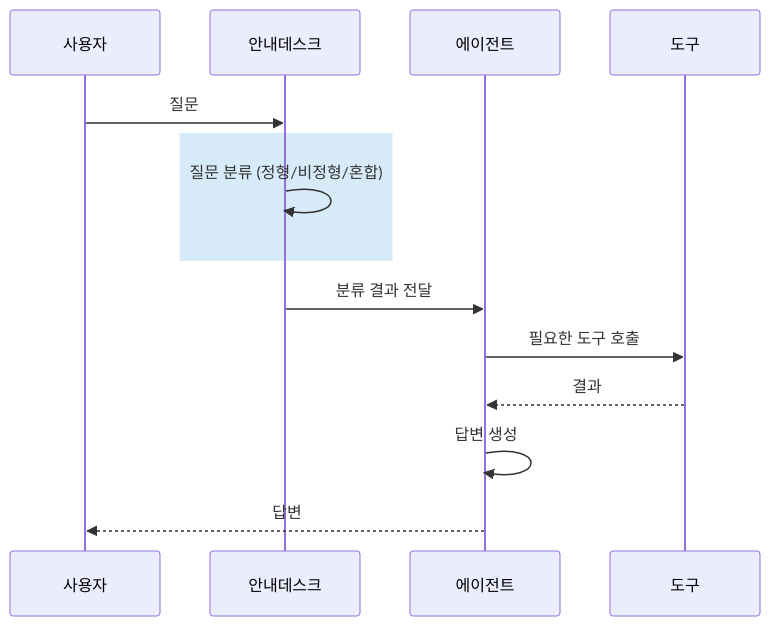
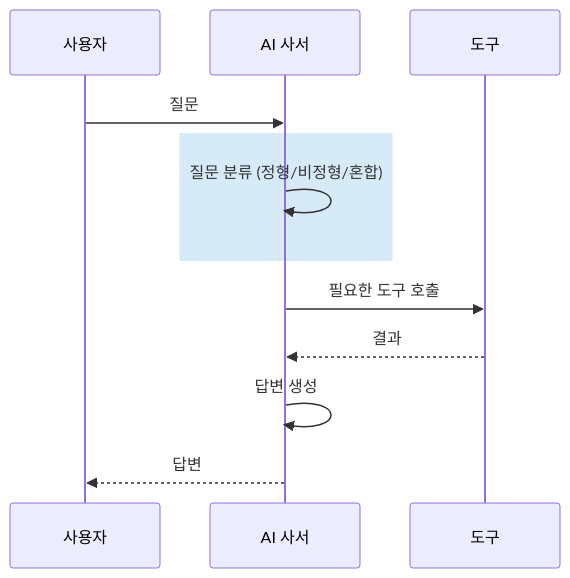
Before and after one commit to edu-openskill/lecture-book-workflow: the second of 4 diagrams in projects/사내AI비서_v2/chapters/06-연차도-규정도-한번에.md, drawn with Mermaid. The commit also changed other lines of this file, not shown here.

First line of the commit message:
feat: CH06 비유 전환 — 안내데스크 → AI 사서

````diff
--- a/projects/사내AI비서_v2/chapters/06-연차도-규정도-한번에.md
+++ b/projects/사내AI비서_v2/chapters/06-연차도-규정도-한번에.md
@@ -386,12 +379,11 @@
 ```mermaid
 sequenceDiagram
-    사용자->>안내데스크: 질문
+    사용자->>AI 사서: 질문
     rect rgb(214, 234, 248)
-        안내데스크->>안내데스크: 질문 분류 (정형/비정형/혼합)
+        AI 사서->>AI 사서: 질문 분류 (정형/비정형/혼합)
     end
-    안내데스크->>에이전트: 분류 결과 전달
-    에이전트->>도구: 필요한 도구 호출
-    도구-->>에이전트: 결과
-    에이전트->>에이전트: 답변 생성
-    에이전트-->>사용자: 답변
+    AI 사서->>도구: 필요한 도구 호출
+    도구-->>AI 사서: 결과
+    AI 사서->>AI 사서: 답변 생성
+    AI 사서-->>사용자: 답변
 ```
````
